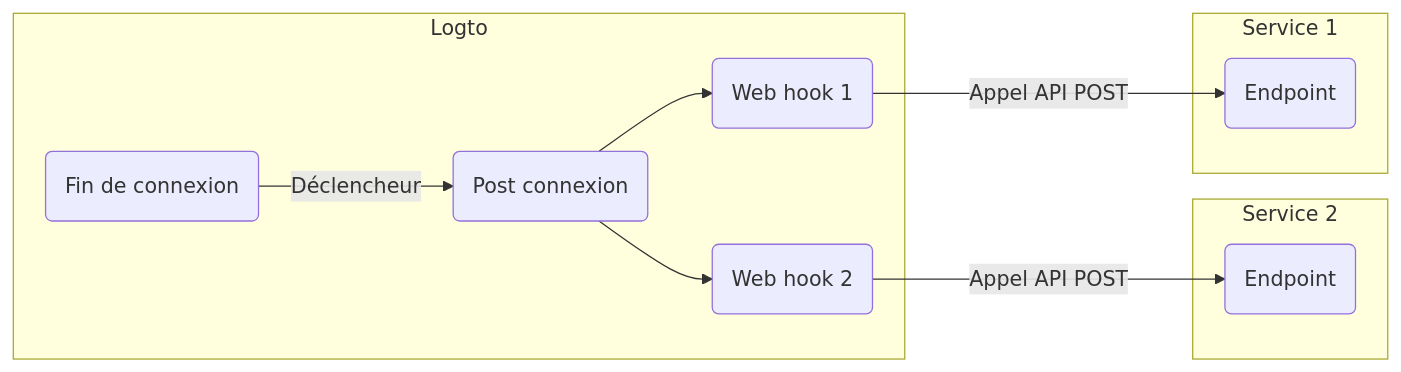
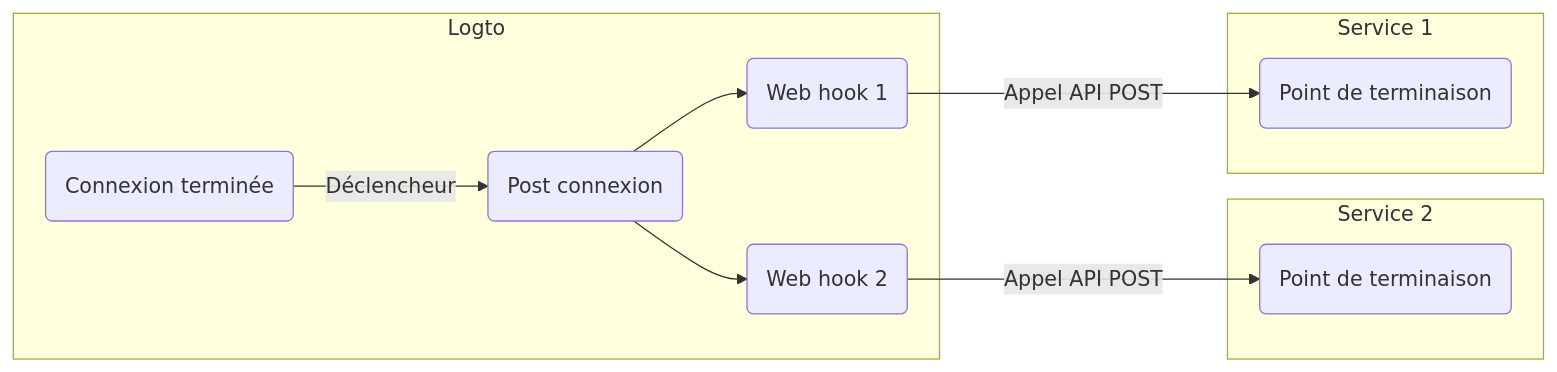
The diagram in i18n/fr/docusaurus-plugin-content-docs/current/developers/webhooks/README.mdx (logto-io/docs), drawn with Mermaid before and after one commit. The commit also changed other lines of this file and 357 other files, not shown here.

````diff
--- a/i18n/fr/docusaurus-plugin-content-docs/current/developers/webhooks/README.mdx
+++ b/i18n/fr/docusaurus-plugin-content-docs/current/developers/webhooks/README.mdx
@@ -36,24 +36,24 @@
 ```mermaid
 graph LR
   subgraph Logto
-    SF(Fin de connexion)
+    SF(Connexion terminée)
     PS(Post connexion)
     WH2(Web hook 2)
     WH1(Web hook 1)
   end
 
   subgraph Service 2
-    E2(Endpoint)
+    E2(Point de terminaison)
   end
 
   subgraph Service 1
-    E1(Endpoint)
+    E1(Point de terminaison)
   end
 
   SF -->|Déclencheur| PS
   PS --> WH1
   PS --> WH2
   WH1 --->|Appel API POST| E1
   WH2 --->|Appel API POST| E2
 
 ```
````
